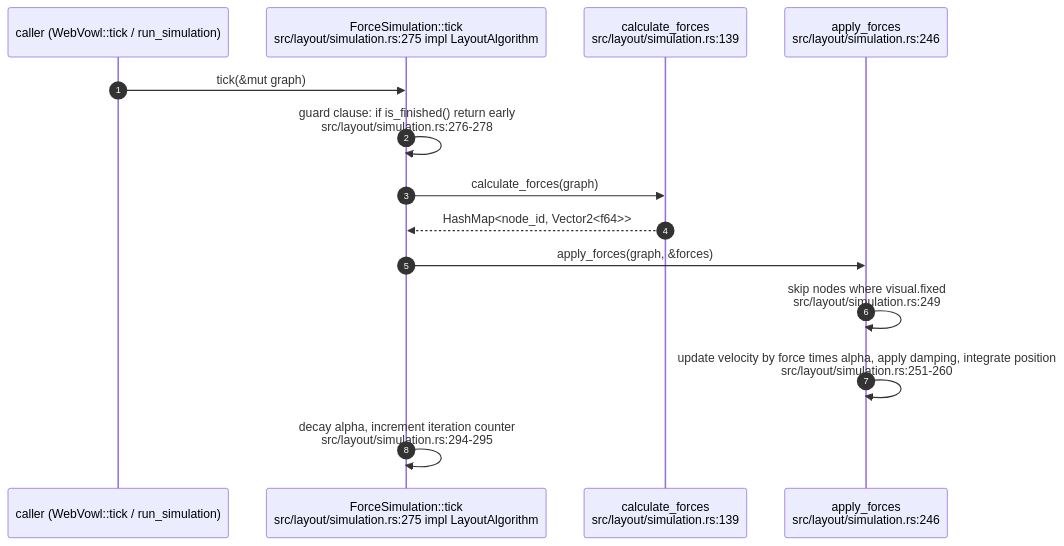
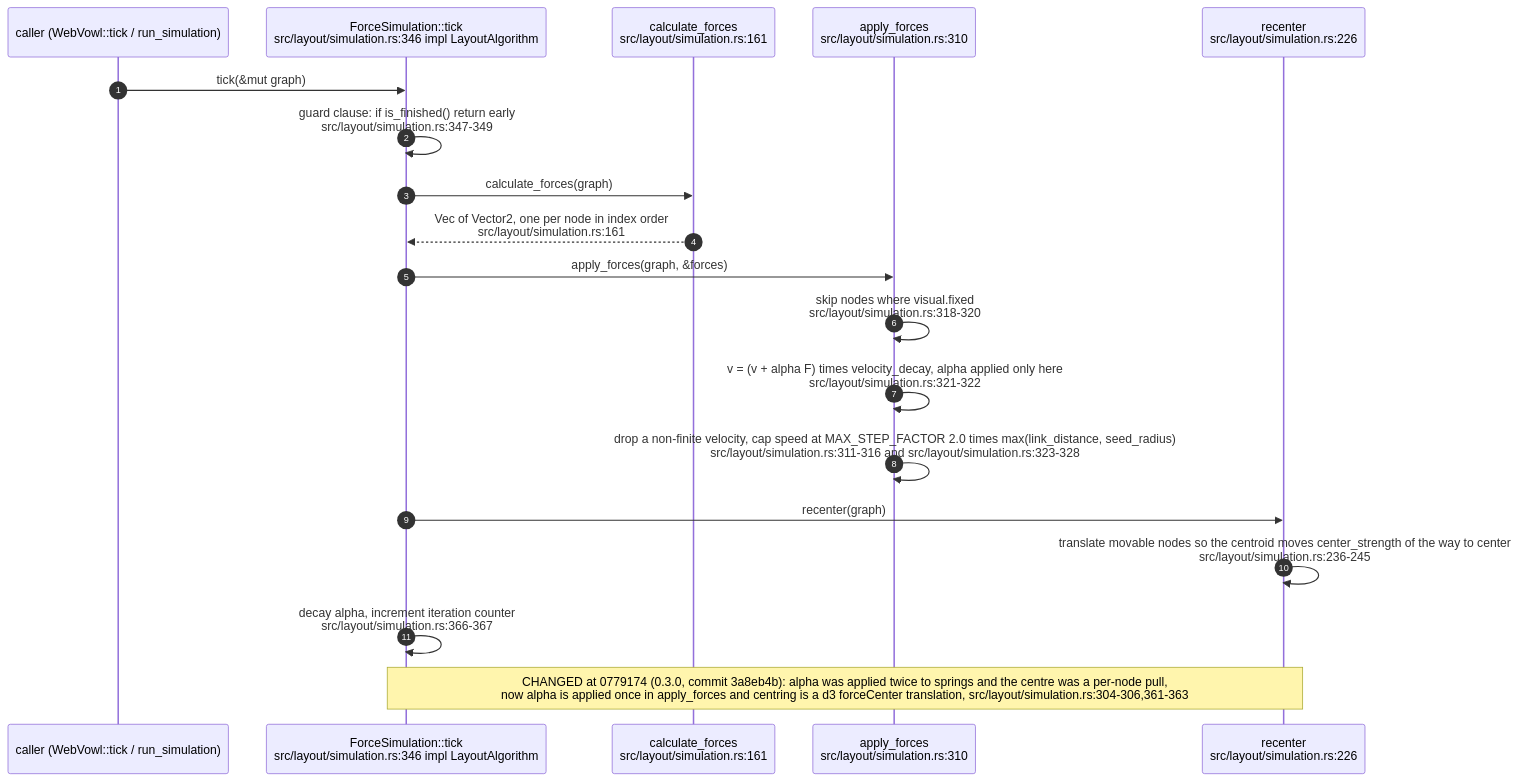
One commit to DreamLab-AI/VisionFlow changed the first of 10 diagrams in docs/diagrams/vowl-wasm/03-force-layout-lifecycle.md. Above: the diagram before and after it, drawn with Mermaid. The commit also changed other lines of this file and 5 other files, not shown here.

First line of the commit message:
docs(diagrams): vowl-wasm re-verified at v0.4.0 (0779174)

````diff
--- a/docs/diagrams/vowl-wasm/03-force-layout-lifecycle.md
+++ b/docs/diagrams/vowl-wasm/03-force-layout-lifecycle.md
@@ -28,16 +31,21 @@
 ```mermaid
 sequenceDiagram
     autonumber
     participant C as caller (WebVowl::tick / run_simulation)
-    participant FS as ForceSimulation::tick<br/>src/layout/simulation.rs:275 impl LayoutAlgorithm
-    participant CF as calculate_forces<br/>src/layout/simulation.rs:139
-    participant AF as apply_forces<br/>src/layout/simulation.rs:246
+    participant FS as ForceSimulation::tick<br/>src/layout/simulation.rs:346 impl LayoutAlgorithm
+    participant CF as calculate_forces<br/>src/layout/simulation.rs:161
+    participant AF as apply_forces<br/>src/layout/simulation.rs:310
+    participant RC as recenter<br/>src/layout/simulation.rs:226
     C->>FS: tick(&mut graph)
-    FS->>FS: guard clause: if is_finished() return early<br/>src/layout/simulation.rs:276-278
+    FS->>FS: guard clause: if is_finished() return early<br/>src/layout/simulation.rs:347-349
     FS->>CF: calculate_forces(graph)
-    CF-->>FS: HashMap<node_id, Vector2<f64>>
+    CF-->>FS: Vec of Vector2, one per node in index order<br/>src/layout/simulation.rs:161
     FS->>AF: apply_forces(graph, &forces)
-    AF->>AF: skip nodes where visual.fixed<br/>src/layout/simulation.rs:249
-    AF->>AF: update velocity by force times alpha, apply damping, integrate position<br/>src/layout/simulation.rs:251-260
-    FS->>FS: decay alpha, increment iteration counter<br/>src/layout/simulation.rs:294-295
+    AF->>AF: skip nodes where visual.fixed<br/>src/layout/simulation.rs:318-320
+    AF->>AF: v = (v + alpha F) times velocity_decay, alpha applied only here<br/>src/layout/simulation.rs:321-322
+    AF->>AF: drop a non-finite velocity, cap speed at MAX_STEP_FACTOR 2.0 times max(link_distance, seed_radius)<br/>src/layout/simulation.rs:311-316 and src/layout/simulation.rs:323-328
+    FS->>RC: recenter(graph)
+    RC->>RC: translate movable nodes so the centroid moves center_strength of the way to center<br/>src/layout/simulation.rs:236-245
+    FS->>FS: decay alpha, increment iteration counter<br/>src/layout/simulation.rs:366-367
+    Note over FS,RC: CHANGED at 0779174 (0.3.0, commit 3a8eb4b): alpha was applied twice to springs and the centre was a per-node pull,<br/>now alpha is applied once in apply_forces and centring is a d3 forceCenter translation, src/layout/simulation.rs:304-306,361-363
 ```
````
